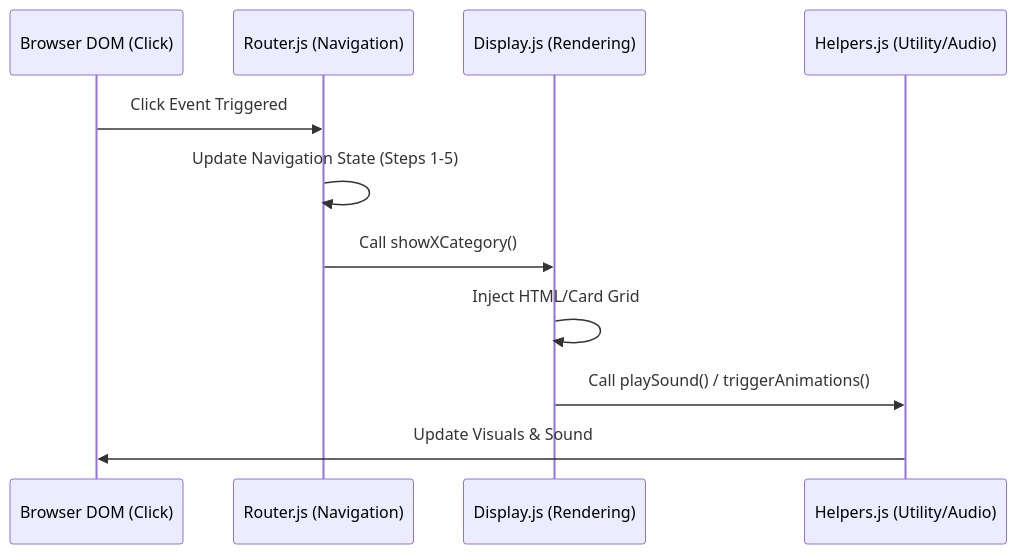
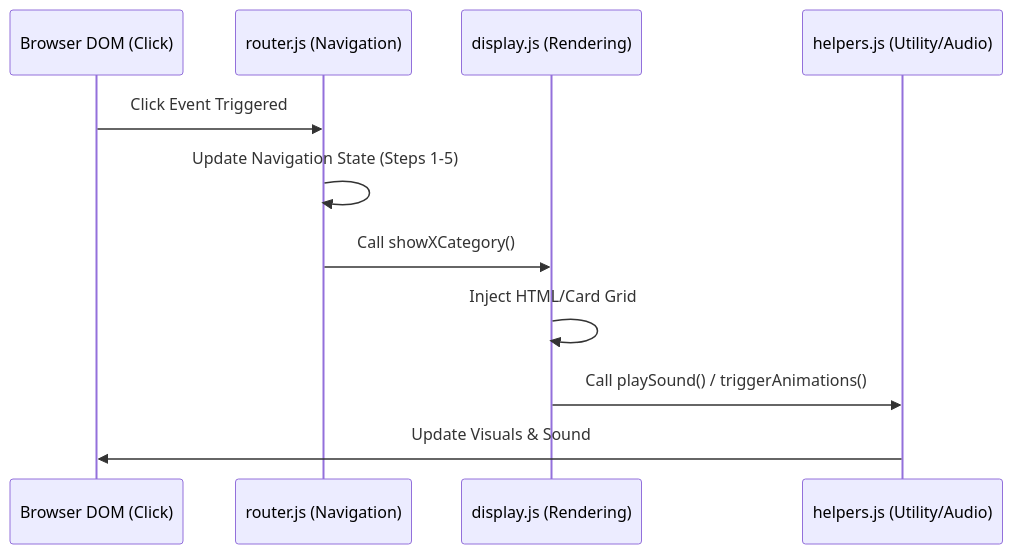
One commit to atulravi2024/Rajshree_Learning_Project changed the second of 2 diagrams in memory/01 Current State/01.10_MENU_NAVBAR_STRUCTURE.md. Above: the diagram before and after it, drawn with Mermaid. The commit also changed other lines of this file and 42 other files, not shown here.

````diff
--- a/memory/01 Current State/01.10_MENU_NAVBAR_STRUCTURE.md
+++ b/memory/01 Current State/01.10_MENU_NAVBAR_STRUCTURE.md
@@ -32,14 +32,14 @@
 ```mermaid
 sequenceDiagram
     participant UI as Browser DOM (Click)
-    participant RT as Router.js (Navigation)
-    participant DP as Display.js (Rendering)
-    participant HL as Helpers.js (Utility/Audio)
+    participant RT as router.js (Navigation)
+    participant DP as display.js (Rendering)
+    participant HL as helpers.js (Utility/Audio)
     
     UI->>RT: Click Event Triggered
     RT->>RT: Update Navigation State (Steps 1-5)
     RT->>DP: Call showXCategory()
     DP->>DP: Inject HTML/Card Grid
     DP->>HL: Call playSound() / triggerAnimations()
     HL->>UI: Update Visuals & Sound
 ```
````
